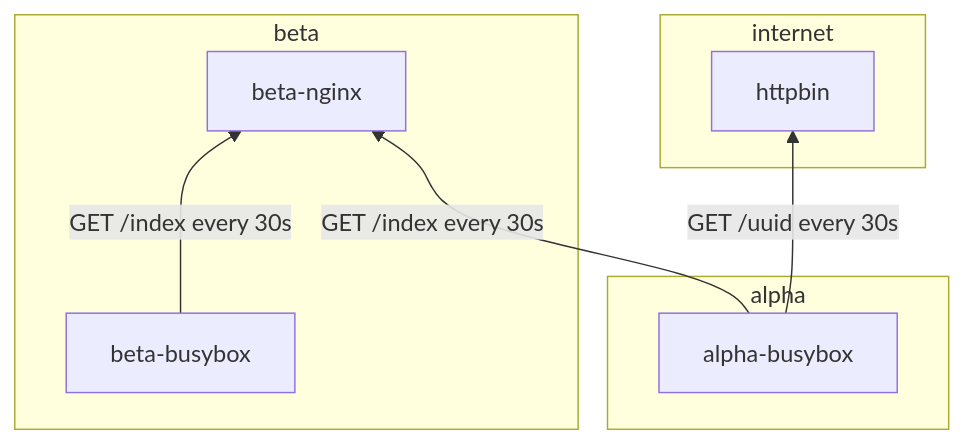
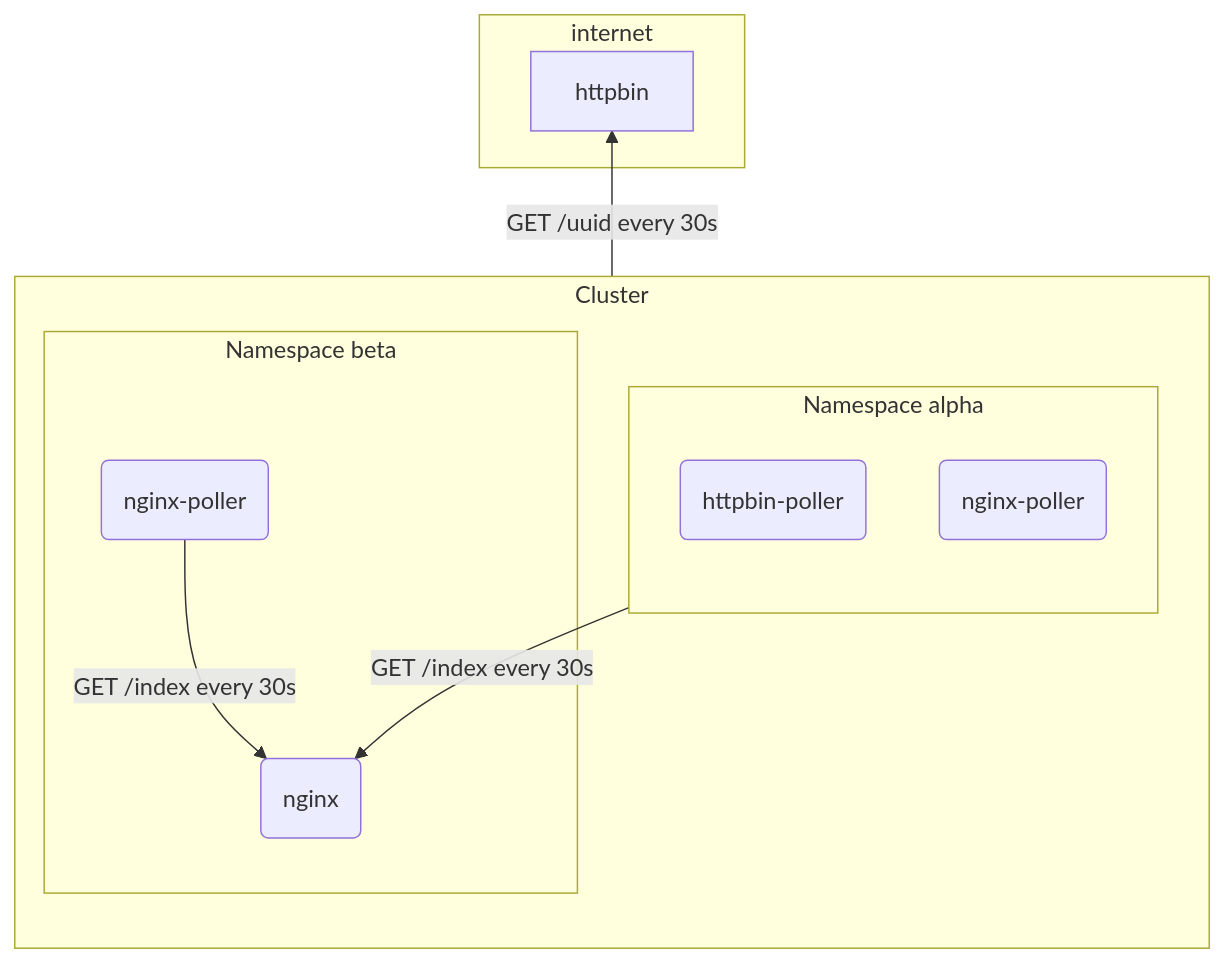
One commit to floriandorau/k8s-network-profiles changed the diagram in README.md. Above: the diagram before and after it, drawn with Mermaid. The commit also changed other lines of this file and 5 other files, not shown here.

````diff
--- a/README.md
+++ b/README.md
@@ -9,13 +9,18 @@
 ```mermaid
 flowchart BT
     subgraph internet
         httpbin
     end
-    subgraph alpha
-        alpha-busybox-- GET /uuid every 30s -->httpbin
-    end
-    subgraph beta
-        alpha-busybox-- GET /index every 30s -->beta-nginx
-        beta-busybox-- GET /index every 30s -->beta-nginx
+    subgraph Cluster
+        direction TB
+        subgraph Namespace alpha
+            direction TB
+            id1(httpbin-poller)-- GET /uuid every 30s -->httpbin
+            id2(nginx-poller)
+        end
+        subgraph Namespace beta
+            id2(nginx-poller)-- GET /index every 30s -->id4(nginx)
+            id3(nginx-poller)-- GET /index every 30s -->id4(nginx)
+        end
     end
 ```
````
